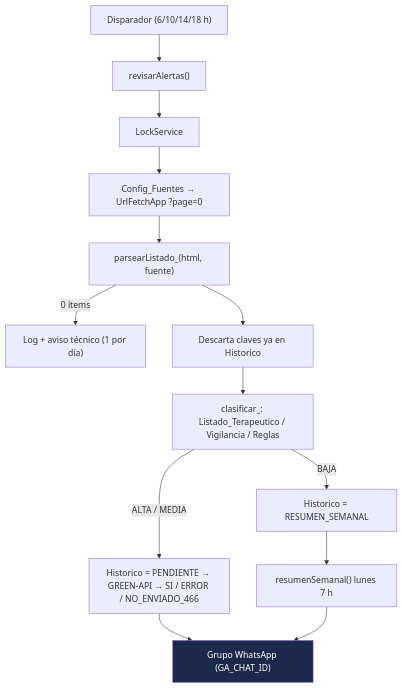
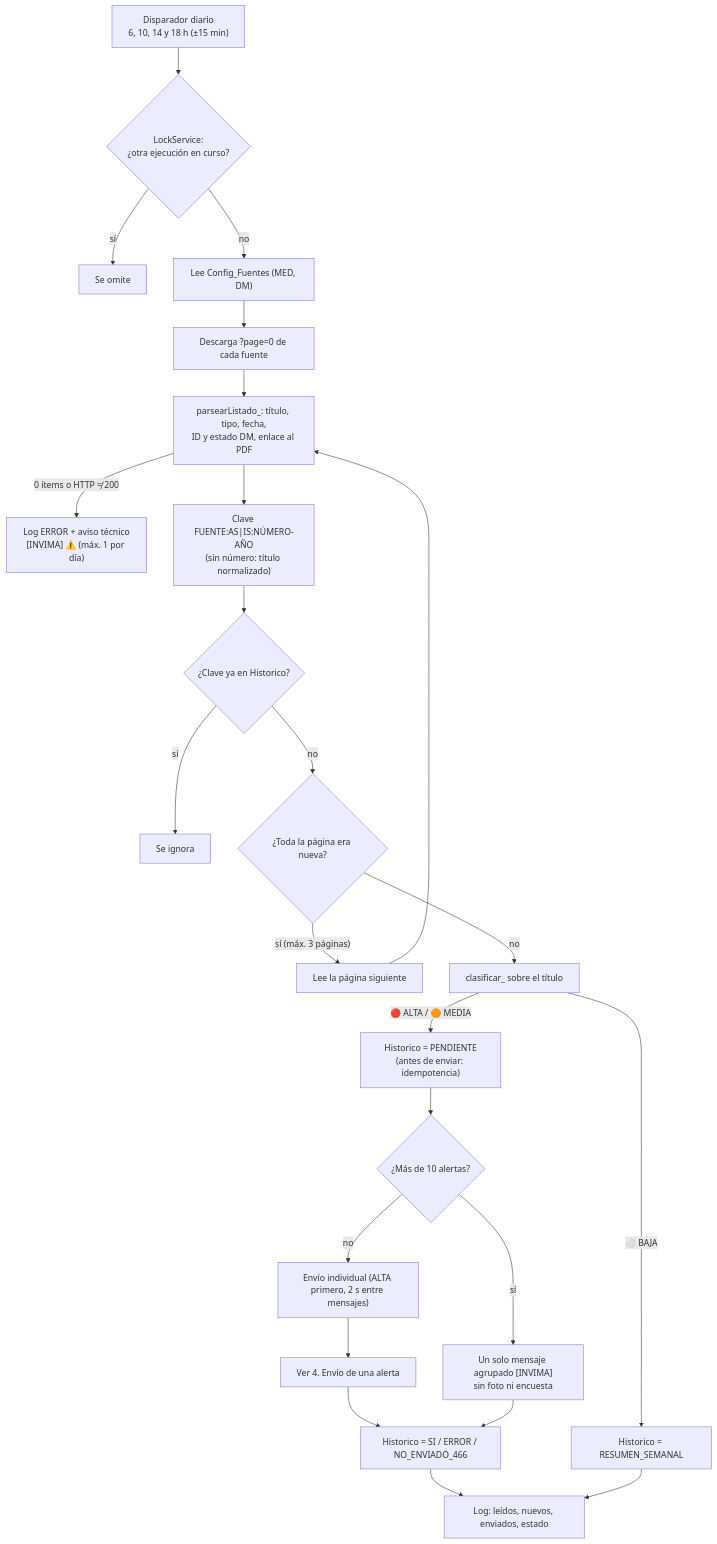
One commit to jsaavedran1-glitch/alertas-whatsapp-sanitarias-invima changed the second of 5 diagrams in README.md. Above: the diagram before and after it, drawn with Mermaid. The commit also changed other lines of this file and 1 other file, not shown here.

First line of the commit message:
README: flujo de funcionamiento del bot con diagramas

````diff
--- a/README.md
+++ b/README.md
@@ -35,16 +49,25 @@
 ```mermaid
 flowchart TD
-    A["Disparador (6/10/14/18 h)"] --> B["revisarAlertas()"]
-    B --> C["LockService"]
-    C --> D["Config_Fuentes → UrlFetchApp ?page=0"]
-    D --> E["parsearListado_(html, fuente)"]
-    E -->|0 ítems| F["Log + aviso técnico (1 por día)"]
-    E --> G["Descarta claves ya en Historico"]
-    G --> H["clasificar_: Listado_Terapeutico / Vigilancia / Reglas"]
-    H -->|ALTA / MEDIA| I["Historico = PENDIENTE → GREEN-API → SI / ERROR / NO_ENVIADO_466"]
-    H -->|BAJA| J["Historico = RESUMEN_SEMANAL"]
-    J --> K["resumenSemanal() lunes 7 h"]
-    I --> L["Grupo WhatsApp (GA_CHAT_ID)"]
-    K --> L
-    style L fill:#1b2a4a,color:#fff
+    T["Disparador diario<br/>6, 10, 14 y 18 h (±15 min)"] --> L{"LockService:<br/>¿otra ejecución en curso?"}
+    L -->|sí| FIN0["Se omite"]
+    L -->|no| F["Lee Config_Fuentes (MED, DM)"]
+    F --> P["Descarga ?page=0 de cada fuente"]
+    P --> PA["parsearListado_: título, tipo, fecha,<br/>ID y estado DM, enlace al PDF"]
+    PA -->|"0 ítems o HTTP ≠ 200"| AV["Log ERROR + aviso técnico<br/>[INVIMA] ⚠️ (máx. 1 por día)"]
+    PA --> K["Clave FUENTE:AS|IS:NÚMERO-AÑO<br/>(sin número: título normalizado)"]
+    K --> H{"¿Clave ya en Historico?"}
+    H -->|sí| SKIP["Se ignora"]
+    H -->|no| PG{"¿Toda la página era nueva?"}
+    PG -->|"sí (máx. 3 páginas)"| P2["Lee la página siguiente"] --> PA
+    PG -->|no| C["clasificar_ sobre el título"]
+    C -->|"🔴 ALTA / 🟠 MEDIA"| PEND["Historico = PENDIENTE<br/>(antes de enviar: idempotencia)"]
+    C -->|"⚪ BAJA"| SEM["Historico = RESUMEN_SEMANAL"]
+    PEND --> N{"¿Más de 10 alertas?"}
+    N -->|no| IND["Envío individual (ALTA primero, 2 s entre mensajes)"]
+    N -->|sí| AGR["Un solo mensaje agrupado [INVIMA]<br/>sin foto ni encuesta"]
+    IND --> ENV["Ver 4. Envío de una alerta"]
+    ENV --> EST["Historico = SI / ERROR / NO_ENVIADO_466"]
+    AGR --> EST
+    EST --> LOG["Log: leídos, nuevos, enviados, estado"]
+    SEM --> LOG
 ```
````
